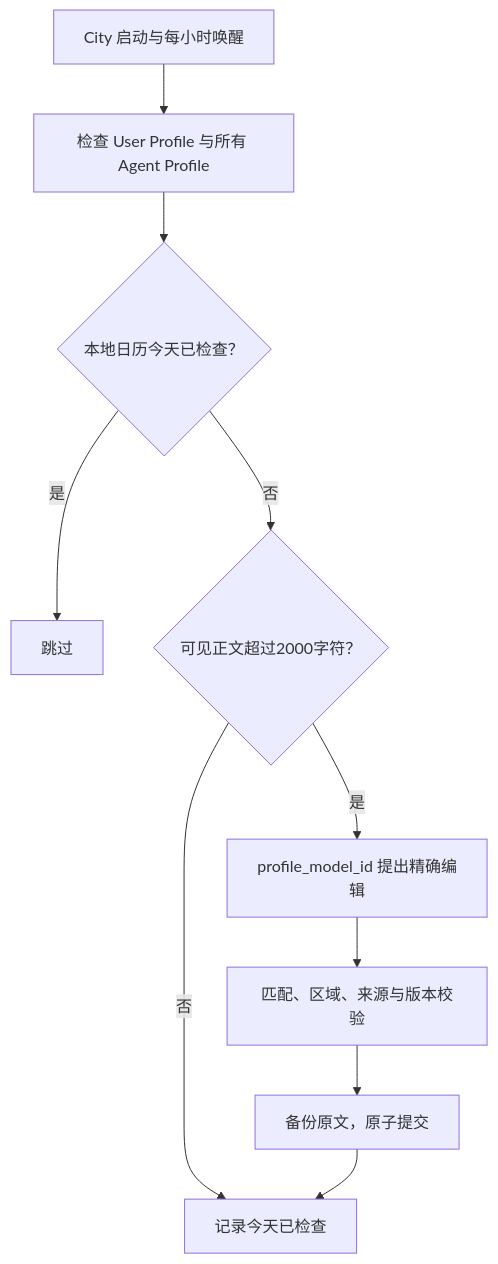
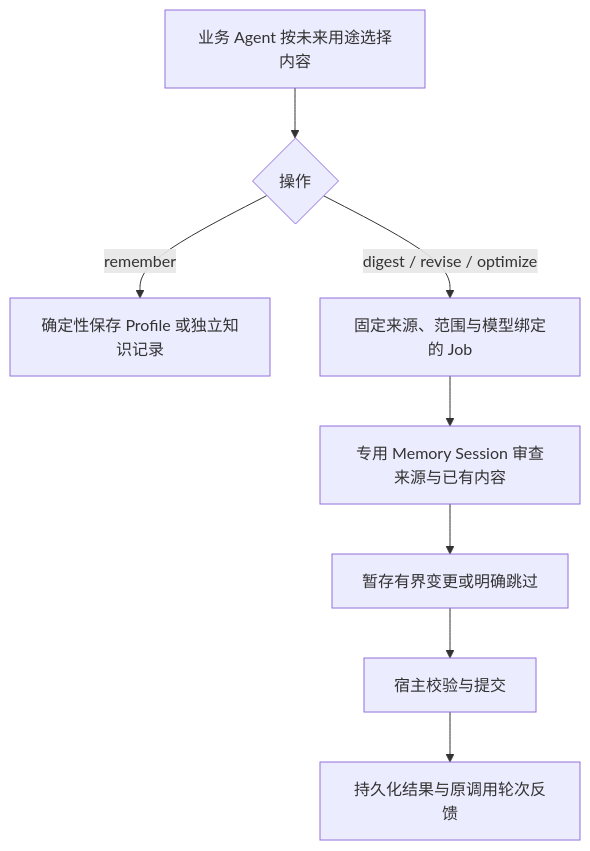
The second of 2 diagrams in docs/memory-current-design.md (genesiscosmos/downcity), drawn with Mermaid before and after one commit. The commit also changed other lines of this file and 6 other files, not shown here.

````diff
--- a/docs/memory-current-design.md
+++ b/docs/memory-current-design.md
@@ -143,12 +51,10 @@
 ```mermaid
 flowchart TD
-    A[City 启动与每小时唤醒] --> B[检查 User Profile 与所有 Agent Profile]
-    B --> C{本地日历今天已检查？}
-    C -->|是| Z[跳过]
-    C -->|否| D{可见正文超过2000字符？}
-    D -->|否| E[记录今天已检查]
-    D -->|是| F[profile_model_id 提出精确编辑]
-    F --> G[匹配、区域、来源与版本校验]
-    G --> H[备份原文，原子提交]
-    H --> E
+    A[业务 Agent 按未来用途选择内容] --> R{操作}
+    R -->|remember| D[确定性保存 Profile 或独立知识记录]
+    R -->|digest / revise / optimize| J[固定来源、范围与模型绑定的 Job]
+    J --> M[专用 Memory Session 审查来源与已有内容]
+    M --> S[暂存有界变更或明确跳过]
+    S --> C[宿主校验与提交]
+    C --> O[持久化结果与原调用轮次反馈]
 ```
````
